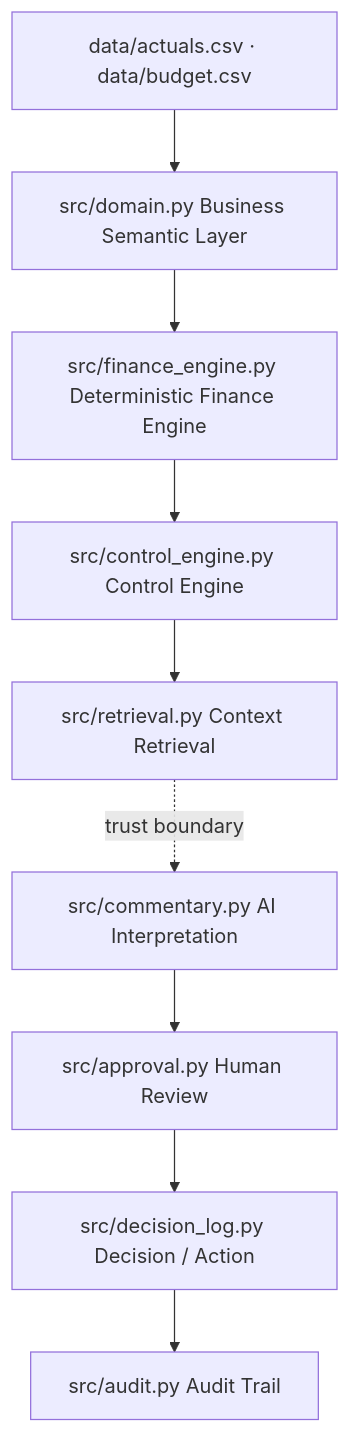
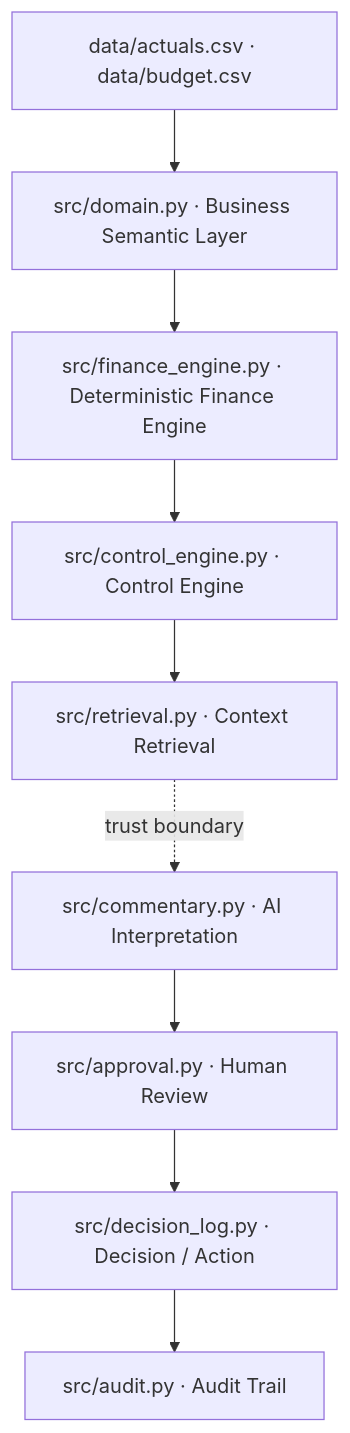
The second of 2 diagrams in README.md (anasbenazzouz/benacta-decision-intelligence-blueprint), drawn with Mermaid before and after one commit. The commit also changed other lines of this file and 9 other files, not shown here.

````diff
--- a/README.md
+++ b/README.md
@@ -180,11 +180,11 @@
 ```mermaid
 flowchart TD
-    A["data/actuals.csv · data/budget.csv"] --> B["src/domain.py Business Semantic Layer"]
-    B --> C["src/finance_engine.py Deterministic Finance Engine"]
-    C --> D["src/control_engine.py Control Engine"]
-    D --> E["src/retrieval.py Context Retrieval"]
-    E -. trust boundary .-> F["src/commentary.py AI Interpretation"]
-    F --> G["src/approval.py Human Review"]
-    G --> H["src/decision_log.py Decision / Action"]
-    H --> I["src/audit.py Audit Trail"]
+    A["data/actuals.csv · data/budget.csv"] --> B["src/domain.py · Business Semantic Layer"]
+    B --> C["src/finance_engine.py · Deterministic Finance Engine"]
+    C --> D["src/control_engine.py · Control Engine"]
+    D --> E["src/retrieval.py · Context Retrieval"]
+    E -. trust boundary .-> F["src/commentary.py · AI Interpretation"]
+    F --> G["src/approval.py · Human Review"]
+    G --> H["src/decision_log.py · Decision / Action"]
+    H --> I["src/audit.py · Audit Trail"]
 ```
````
